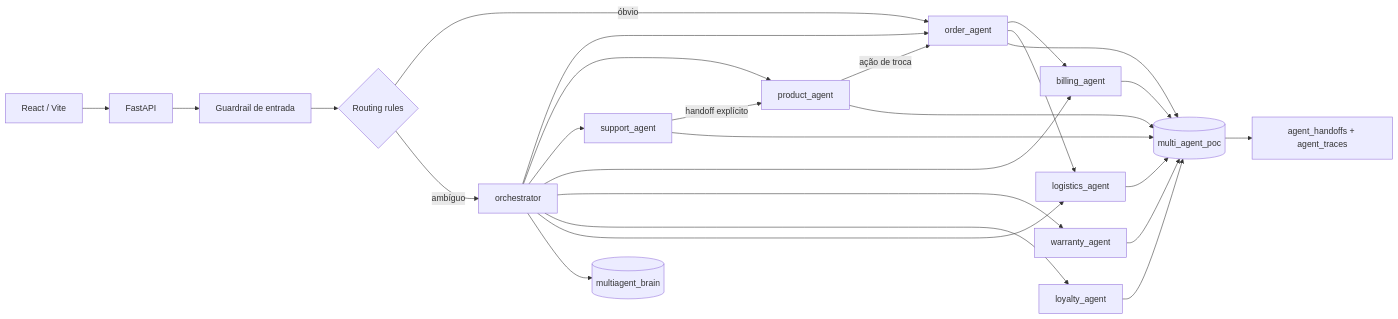
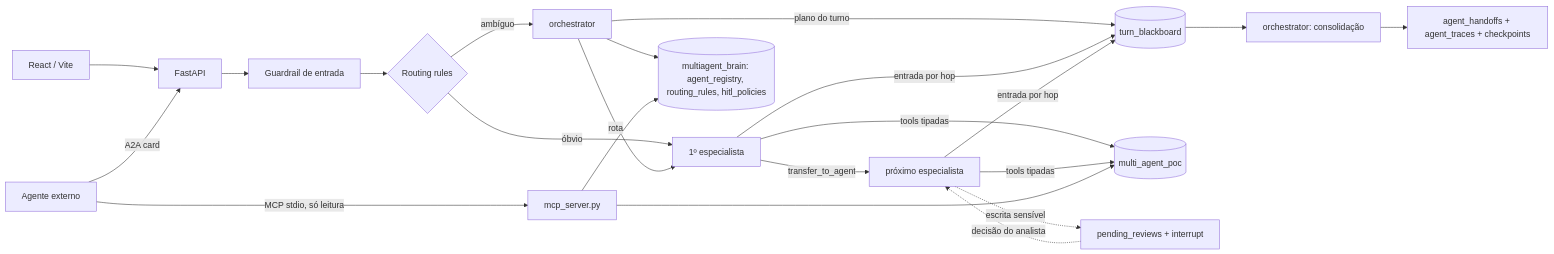
Before and after one commit to adrianofratelli-glitch/atlas-multi-agent-coordination: the first of 2 diagrams in docs/architecture.md, drawn with Mermaid. The commit also changed other lines of this file and 22 other files, not shown here.

````diff
--- a/docs/architecture.md
+++ b/docs/architecture.md
@@ -5,21 +5,22 @@
 ```mermaid
 flowchart LR
     UI[React / Vite] --> API[FastAPI]
+    EXT[Agente externo] -->|A2A card| API
+    EXT -->|MCP stdio, só leitura| MCP[mcp_server.py]
     API --> G[Guardrail de entrada]
     G --> R{Routing rules}
-    R -->|óbvio| OA[order_agent]
+    R -->|óbvio| FIRST[1º especialista]
     R -->|ambíguo| ORC[orchestrator]
-    ORC --> OA
-    ORC --> PA[product_agent]
-    ORC --> SA[support_agent]
-    ORC --> BA[billing_agent]
-    ORC --> WA[warranty_agent]
-    ORC --> LA[loyalty_agent]
-    ORC --> LG[logistics_agent]
-    SA -->|handoff explícito| PA
-    PA -->|ação de troca| OA
-    OA --> BA & LG
-    OA & PA & SA & BA & WA & LA & LG --> DATA[(multi_agent_poc)]
-    ORC --> BRAIN[(multiagent_brain)]
-    DATA --> TRACE[agent_handoffs + agent_traces]
+    ORC -->|rota| FIRST
+    ORC -->|plano do turno| BB[(turn_blackboard)]
+    FIRST -->|transfer_to_agent| NEXT[próximo especialista]
+    FIRST & NEXT -->|tools tipadas| DATA[(multi_agent_poc)]
+    FIRST & NEXT -->|entrada por hop| BB
+    BB --> CONS[orchestrator: consolidação]
+    NEXT -.->|escrita sensível| HITL[pending_reviews + interrupt]
+    HITL -.->|decisão do analista| NEXT
+    ORC --> BRAIN[(multiagent_brain: agent_registry, routing_rules, hitl_policies)]
+    MCP --> DATA
+    MCP --> BRAIN
+    CONS --> TRACE[agent_handoffs + agent_traces + checkpoints]
 ```
````
